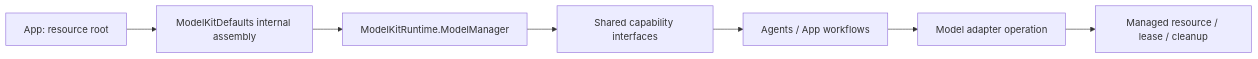
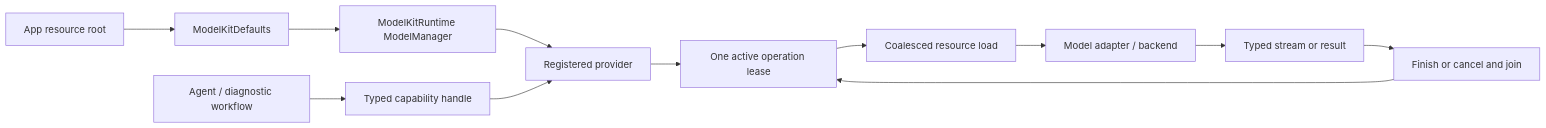
Before and after one commit to devilyouwei/MobileHarness: diagram 12 of 12 in MobileHarness/README.md, drawn with Mermaid. The commit also changed other lines of this file, not shown here.

Commit message:
docs: refocus MobileHarness architecture guide

````diff
--- a/MobileHarness/README.md
+++ b/MobileHarness/README.md
@@ -656,9 +493,14 @@
 ```mermaid
 flowchart LR
-    App[App: resource root] --> Defaults[ModelKitDefaults internal assembly]
-    Defaults --> Manager[ModelKitRuntime.ModelManager]
-    Manager --> Capabilities[Shared capability interfaces]
-    Capabilities --> Consumers[Agents / App workflows]
-    Consumers --> Adapter[Model adapter operation]
-    Adapter --> Resource[Managed resource / lease / cleanup]
+    Root[App resource root] --> Defaults[ModelKitDefaults]
+    Defaults --> Manager[ModelKitRuntime ModelManager]
+    Manager --> Provider[Registered provider]
+    Consumer[Agent / diagnostic workflow] --> Capability[Typed capability handle]
+    Capability --> Provider
+    Provider --> Lease[One active operation lease]
+    Lease --> Load[Coalesced resource load]
+    Load --> Adapter[Model adapter / backend]
+    Adapter --> Result[Typed stream or result]
+    Result --> Cleanup[Finish or cancel and join]
+    Cleanup --> Lease
 ```
````
